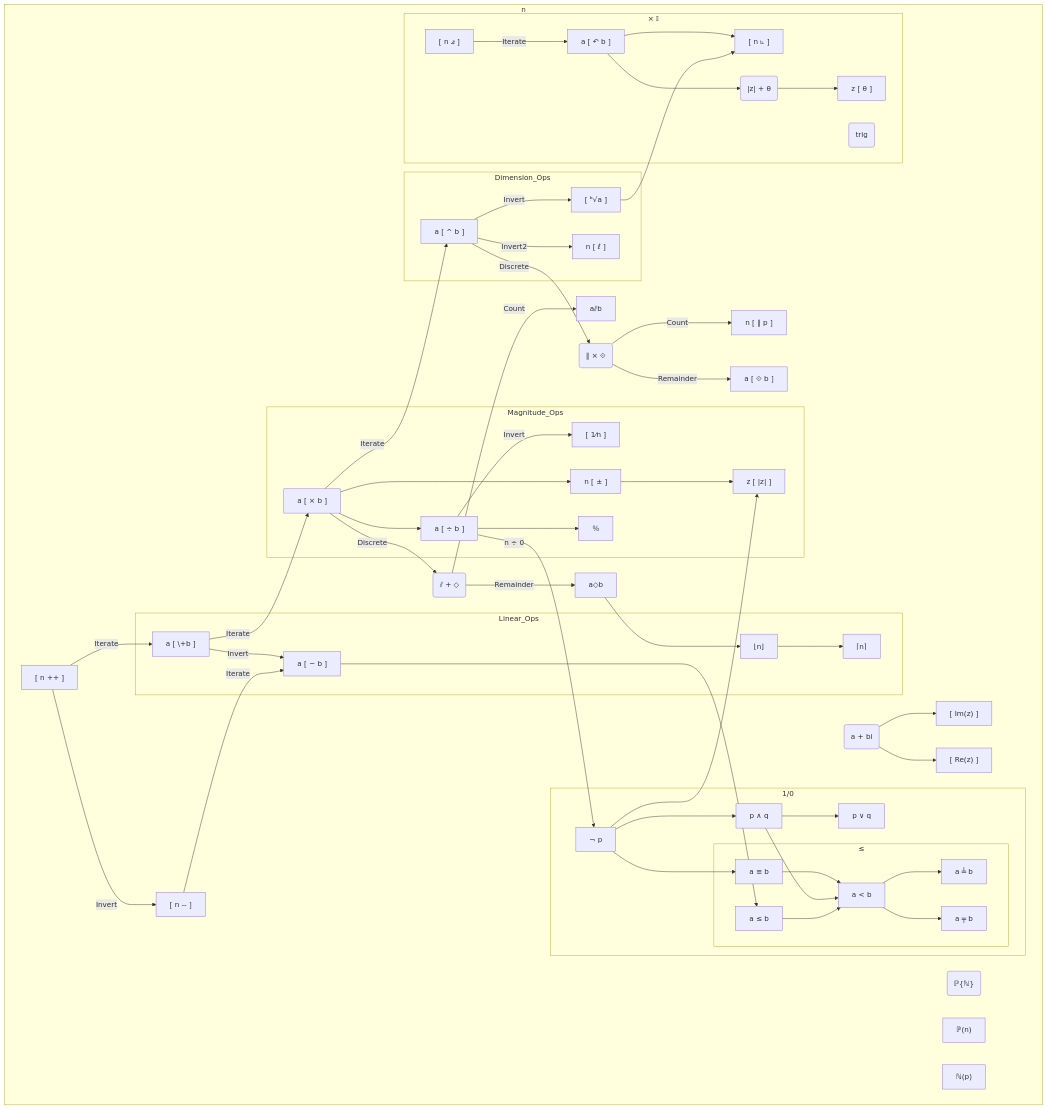
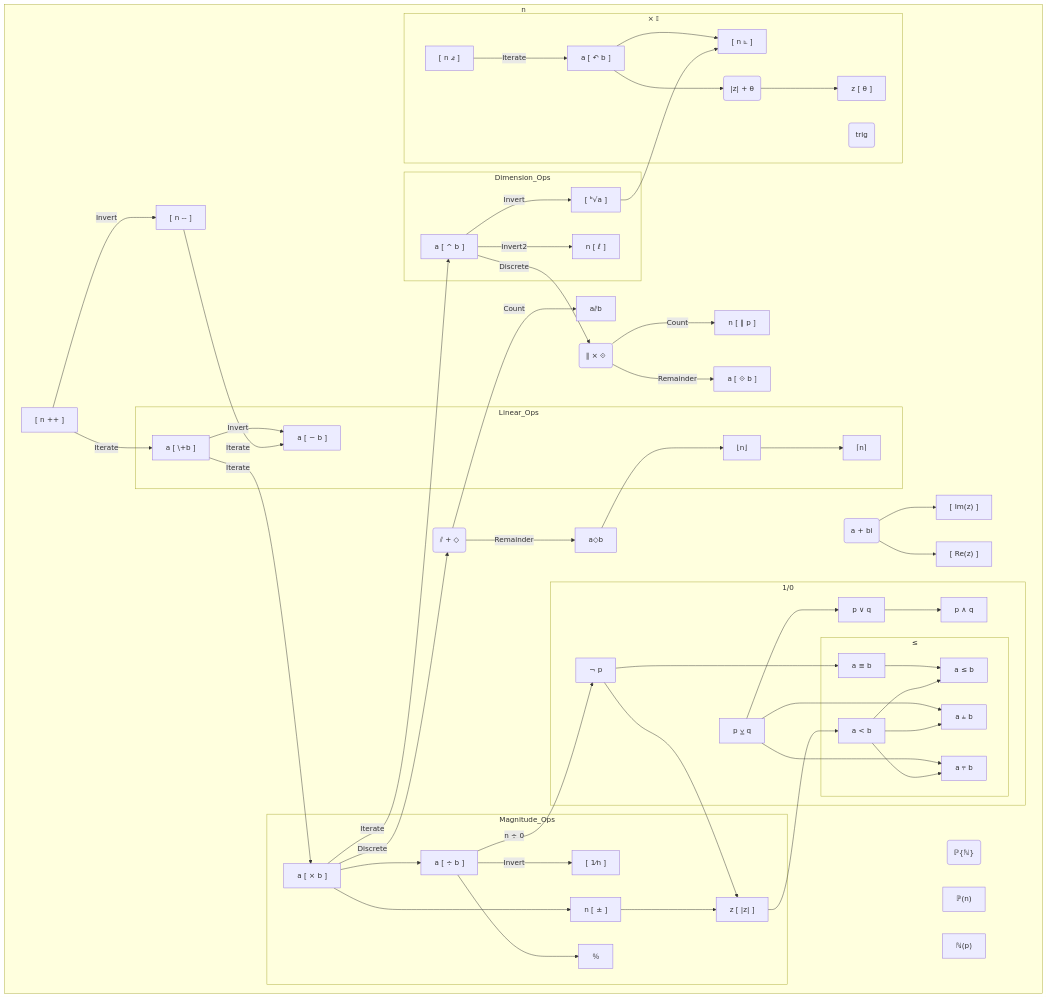
The diagram in docs/design_refs/dependency_map.mmd (Gammapod/AutoCalc), drawn with Mermaid before and after one commit.

Commit message:
design design

```diff
--- a/docs/design_refs/dependency_map.mmd
+++ b/docs/design_refs/dependency_map.mmd
@@ -45,6 +45,7 @@
         Bnotp
         Band
         Bor
+        Bifelse
 
         subgraph Comparisons ["≤"]
         Bnotgt
@@ -214,25 +215,29 @@
     Mdiv -->|n ÷ 0| Bnotp["¬ p"]
     %% Primitive
     %% Expanded form `[ ⊥ ? 1 : ⊥ ]`
-    Bnotp --> Band["p ∧ q"]
-    %% Expanded form `[ ¬¬(p + q) ]`
-    Band --> Bor["p ∨ q"]
-    %% Expanded form `[ ¬(¬p ∧ ¬q)) ]`
+    Bifelse["p ⩣ q"]
+    %% Primitive
+    %% Expanded form `[ p ? p : q ]`
 
-    Lminus --> Bnotgt["a ≤ b"]
-    %% Primitive
-    %% Expanded form `[ ((a - b) ≤ 0) ? 1 : ⊥ ]`
+    Bifelse --> Bor["p ∨ q"]
+    %% Expanded form `[ ¬¬(p ⩣ q) ]`
+    Bor --> Band["p ∧ q"]
+    %% Expanded form `[ ¬(¬p ∨ ¬q) ]`
+    
     Bnotp --> Beq["a ≡ b"]
     %% Expanded form `[ ¬¬(1/(a-b)) ]`
-    Beq --> Bless
-    Band --> Bless
-    Bnotgt --> Bless
-    Bless["a < b"]
-    %% Expanded form `[ ¬(a ≡ b) ∧ (a ≤ b)]
-    Bless --> Bmax["a ╧ b"]
-    %% Expanded form `[ ((a < b) × b) + ¬((a ≤ b) × a) ]`
-    Bless --> Bminim["a ╤ b"]
-    %% Expanded form `[ ((a < b) × a) + ¬((a ≤ b) × b) ]`
+    Mmodulus --> Bless["a < b"]
+    %% Expanded form `[ ¬¬(1 / ((b - a) + |b - a|)) ]`
+    Beq --> Bnotgt
+    Bless --> Bnotgt["a ≤ b"]
+    %% Expanded form `[ (a < b) ∨ (a ≡ b) ]`
+    
+    Bifelse --> Bmax
+    Bless --> Bmax["a ⫨ b"]
+    %% Expanded form `[ ((a < b) × b) ⩣ ¬((a ≤ b) × a) ]`
+    Bifelse --> Bminim
+    Bless --> Bminim["a ⫧ b"]
+    %% Expanded form `[ ((a < b) × a) ⩣ ¬((a ≤ b) × b) ]`
 %% 
 
 %%     subgraph Digits ["Digit Manipulation"]
@@ -274,11 +279,11 @@
     %% Pgcd["⋀"]
     %% %% Expanded form `[ ∏p^(e_a ╤ e_b) ]`
     %% Plcm["⋁"]
-    %% Expanded form `[ ∏p^(e_a ╧ e_b) ]`    
+    %% Expanded form `[ ∏p^(e_a ⫨ e_b) ]`    
 %% end
-%% Snthprime --> Ptotient
-%% Snthprime --> Sindexofp
-%% Pprime_expansion --> Pomega
+%% Snthprime > Ptotient
+%% Snthp-ime --> Sindexofp
+%% Pprime_expansion --t Pomega
 %% Sindexofp --> Pprime_expansion
 %% Snthprime --> Pgcd
 %% Pexponent --> Pgcd
```
